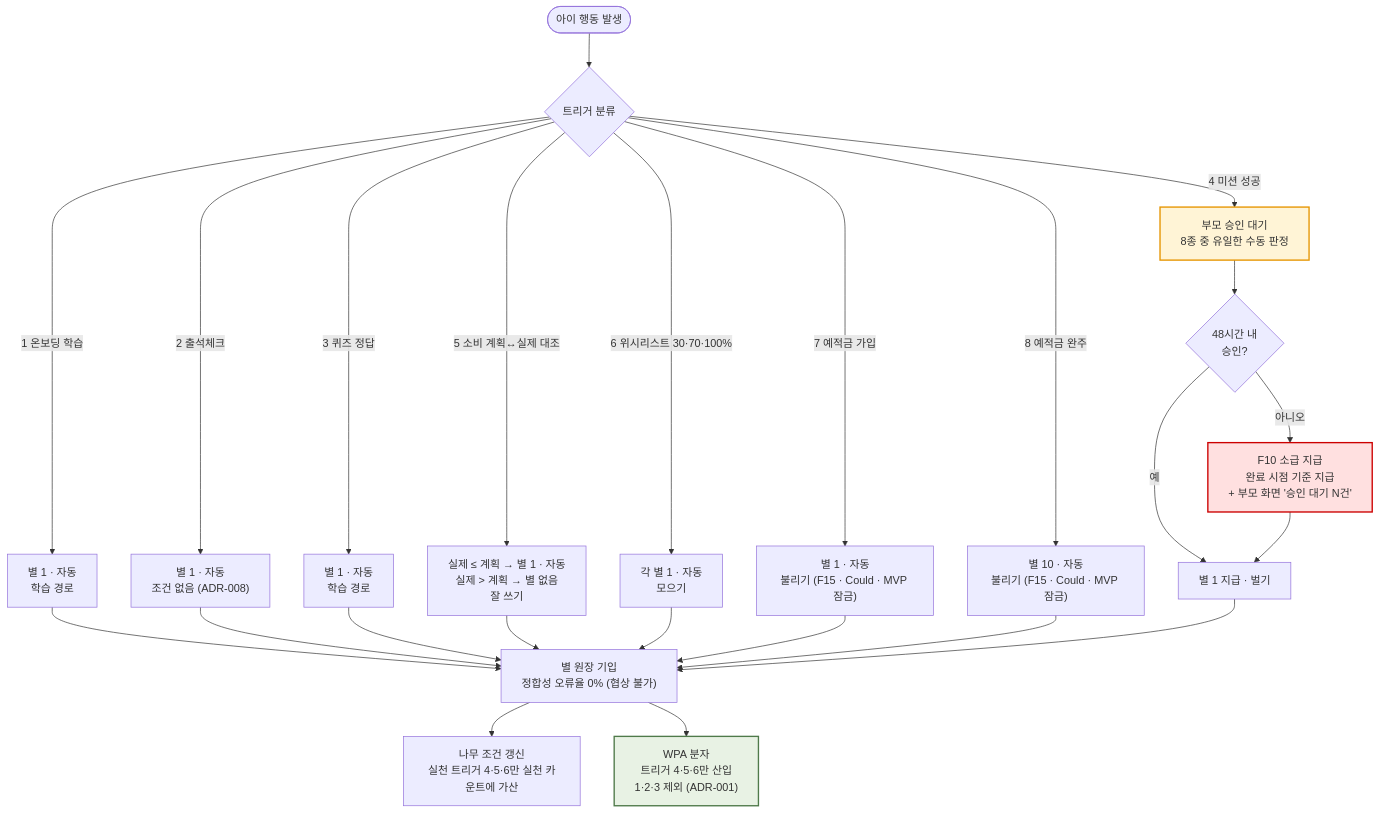
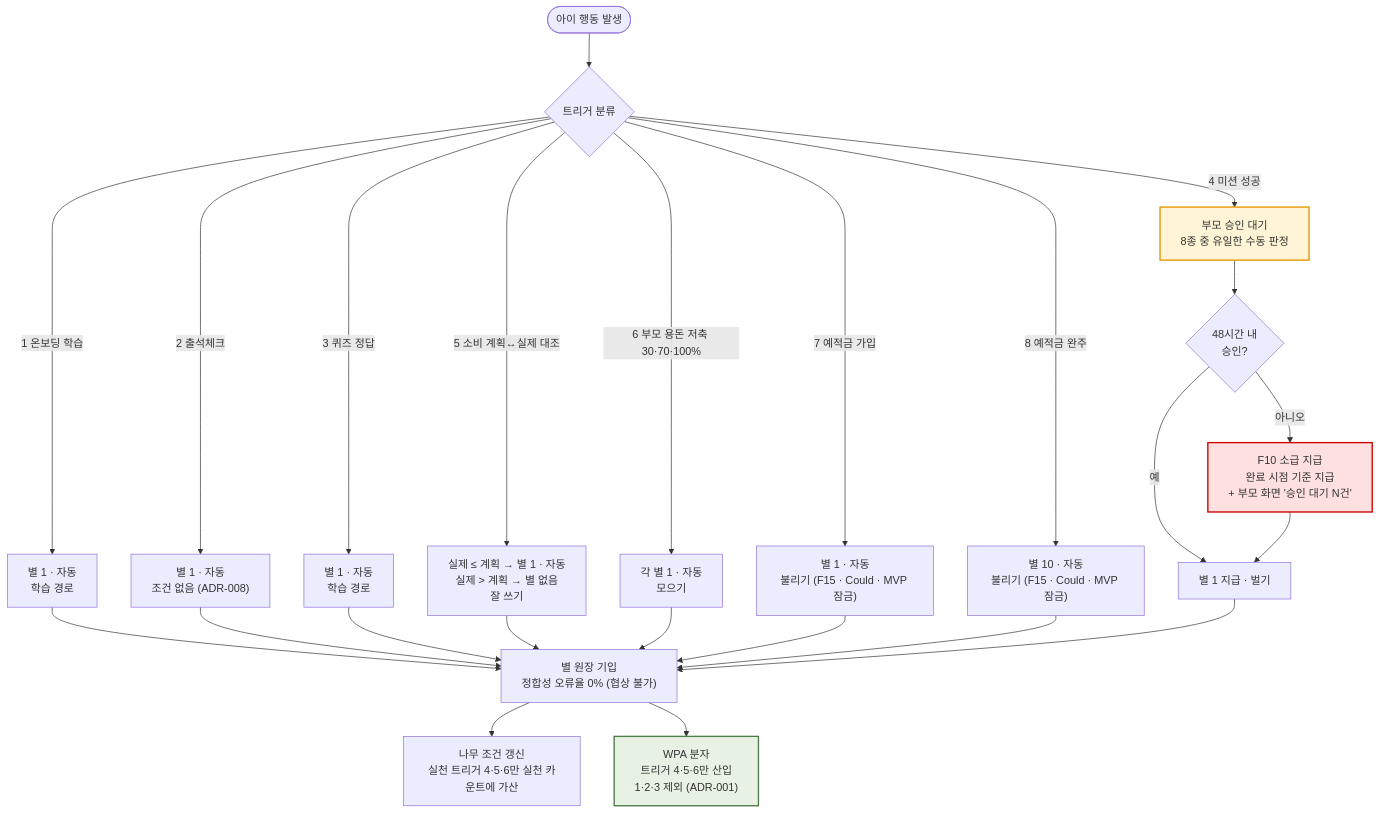
One commit to hayoungv/finfriends-prd-to-srs changed the fourth of 5 diagrams in docs/01-prd/prd.md. Above: the diagram before and after it, drawn with Mermaid. The commit also changed other lines of this file and 20 other files, not shown here.

````diff
--- a/docs/01-prd/prd.md
+++ b/docs/01-prd/prd.md
@@ -974,26 +975,26 @@
 ```mermaid
 flowchart TD
     EV(["아이 행동 발생"]) --> T{"트리거 분류"}
 
     T -->|"1 온보딩 학습"| A1["별 1 · 자동<br/>학습 경로"]
     T -->|"2 출석체크"| A2["별 1 · 자동<br/>조건 없음 (ADR-008)"]
     T -->|"3 퀴즈 정답"| A3["별 1 · 자동<br/>학습 경로"]
     T -->|"5 소비 계획↔실제 대조"| A5["실제 ≤ 계획 → 별 1 · 자동<br/>실제 &gt; 계획 → 별 없음<br/>잘 쓰기"]
-    T -->|"6 위시리스트 30·70·100%"| A6["각 별 1 · 자동<br/>모으기"]
+    T -->|"6 부모 용돈 저축 30·70·100%"| A6["각 별 1 · 자동<br/>모으기"]
     T -->|"7 예적금 가입"| A7["별 1 · 자동<br/>불리기 (F15 · Could · MVP 잠금)"]
     T -->|"8 예적금 완주"| A8["별 10 · 자동<br/>불리기 (F15 · Could · MVP 잠금)"]
 
     T -->|"4 미션 성공"| M1["부모 승인 대기<br/>8종 중 유일한 수동 판정"]
     M1 --> M2{"48시간 내<br/>승인?"}
     M2 -->|"예"| M3["별 1 지급 · 벌기"]
     M2 -->|"아니오"| M4["F10 소급 지급<br/>완료 시점 기준 지급<br/>+ 부모 화면 '승인 대기 N건'"]
     M4 --> M3
 
     A1 & A2 & A3 & A5 & A6 & A7 & A8 & M3 --> LED["별 원장 기입<br/>정합성 오류율 0% (협상 불가)"]
     LED --> TREE["나무 조건 갱신<br/>실천 트리거 4·5·6만 실천 카운트에 가산"]
     LED --> WPA["WPA 분자<br/>트리거 4·5·6만 산입<br/>1·2·3 제외 (ADR-001)"]
 
     style M1 fill:#fff4d6,stroke:#e69500,stroke-width:2px
     style M4 fill:#ffe0e0,stroke:#c00,stroke-width:2px
     style WPA fill:#e8f2e4,stroke:#4F7A4A,stroke-width:2px
 ```
````
